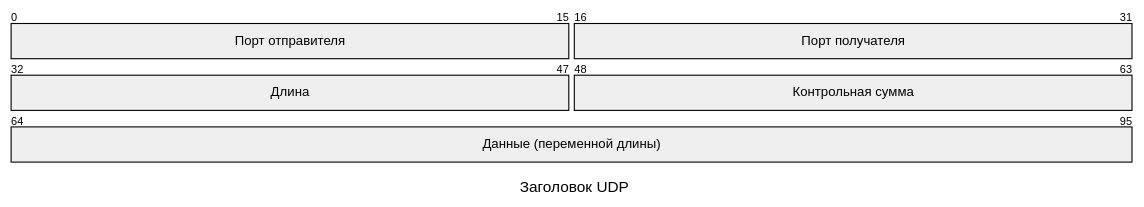
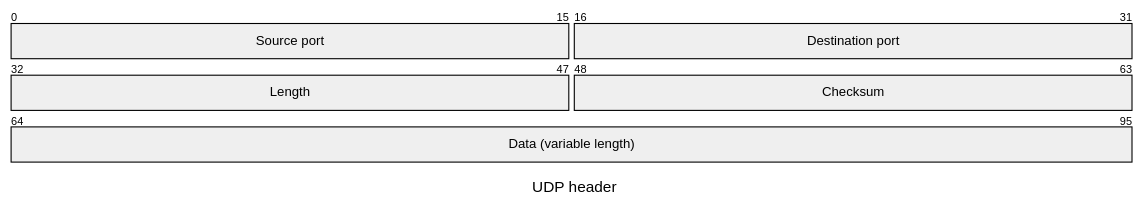
One commit to Kseen715/md2pdfX changed the fourth of 8 diagrams in examples/engineering.md. Above: the diagram before and after it, drawn with Mermaid. The commit also changed other lines of this file and 25 other files, not shown here.

````diff
--- a/examples/engineering.md
+++ b/examples/engineering.md
@@ -49,9 +49,9 @@
 ```mermaid
 packet
-    title Заголовок UDP
-    0-15: "Порт отправителя"
-    16-31: "Порт получателя"
-    32-47: "Длина"
-    48-63: "Контрольная сумма"
-    64-95: "Данные (переменной длины)"
+    title UDP header
+    0-15: "Source port"
+    16-31: "Destination port"
+    32-47: "Length"
+    48-63: "Checksum"
+    64-95: "Data (variable length)"
 ```
````
